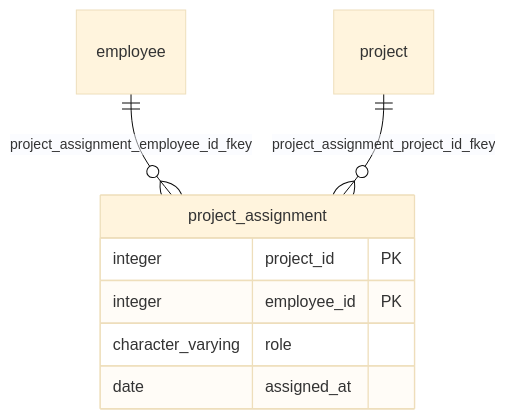
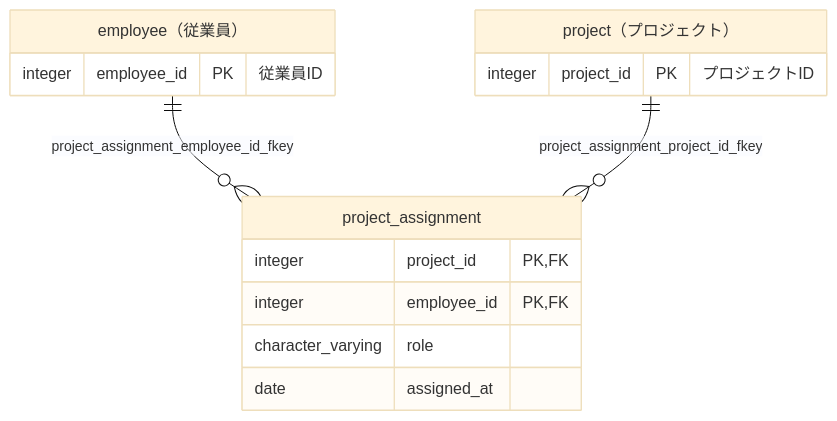
The diagram in docs/sample/postgres/output/testdb/sample/table/project_assignment.md (ebichan88/exportTableDefinition), drawn with Mermaid (base theme) before and after one commit. The commit also changed other lines of this file and 66 other files, not shown here.

First line of the commit message:
Show logical table names and relation columns in ER diagram boxes

````diff
--- a/docs/sample/postgres/output/testdb/sample/table/project_assignment.md
+++ b/docs/sample/postgres/output/testdb/sample/table/project_assignment.md
@@ -59,14 +59,20 @@
 ```mermaid
 erDiagram
     sample_project_assignment["project_assignment"]
-    sample_employee["employee"]
-    sample_project["project"]
+    sample_employee["employee（従業員）"]
+    sample_project["project（プロジェクト）"]
     sample_employee ||--o{ sample_project_assignment : "project_assignment_employee_id_fkey"
     sample_project ||--o{ sample_project_assignment : "project_assignment_project_id_fkey"
     sample_project_assignment {
-        integer project_id PK
-        integer employee_id PK
+        integer project_id PK, FK
+        integer employee_id PK, FK
         character_varying role
         date assigned_at
     }
+    sample_employee {
+        integer employee_id PK "従業員ID"
+    }
+    sample_project {
+        integer project_id PK "プロジェクトID"
+    }
 ```
````
